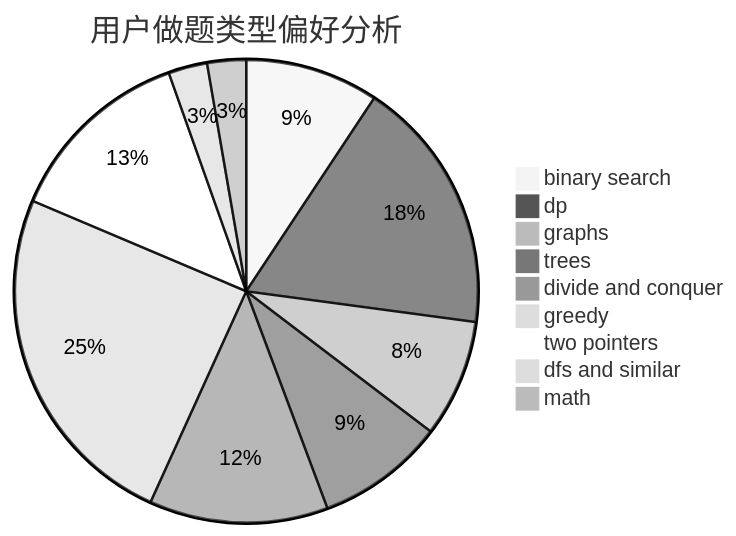
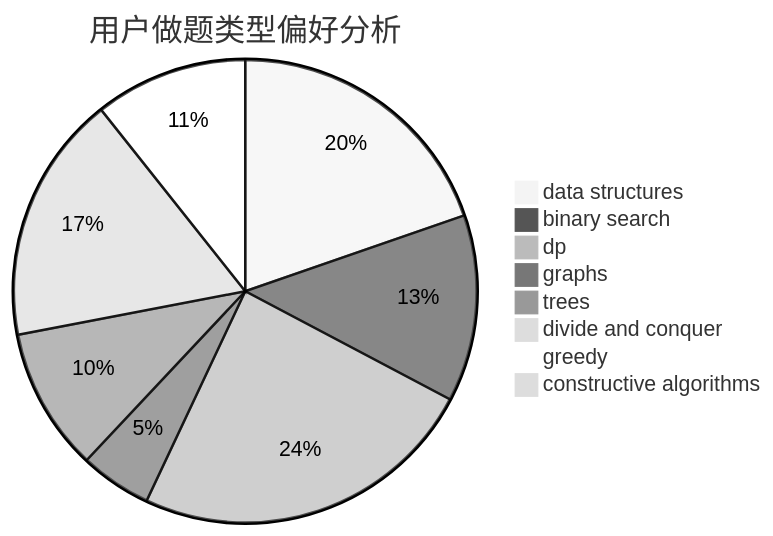
Before and after one commit to sherpahu/cfrs.github.io: the second of 3 diagrams in docs/user/u287.md, drawn with Mermaid (neutral theme). The commit also changed other lines of this file and 2775 other files, not shown here.

````diff
--- a/docs/user/u287.md
+++ b/docs/user/u287.md
@@ -23,12 +23,11 @@
 ```mermaid
 pie title 用户做题类型偏好分析
-    "binary search" :  103
-    "dp" :  197
-    "graphs" :  91
-    "trees" :  99
-    "divide and conquer" :  138
-    "greedy" :  272
-    "two pointers" :  146
-    "dfs and similar" :  30
-    "math" :  30
+    "data structures" :  142
+    "binary search" :  94
+    "dp" :  175
+    "graphs" :  36
+    "trees" :  72
+    "divide and conquer" :  125
+    "greedy" :  77
+    "constructive algorithms" :  5
 ```
````
